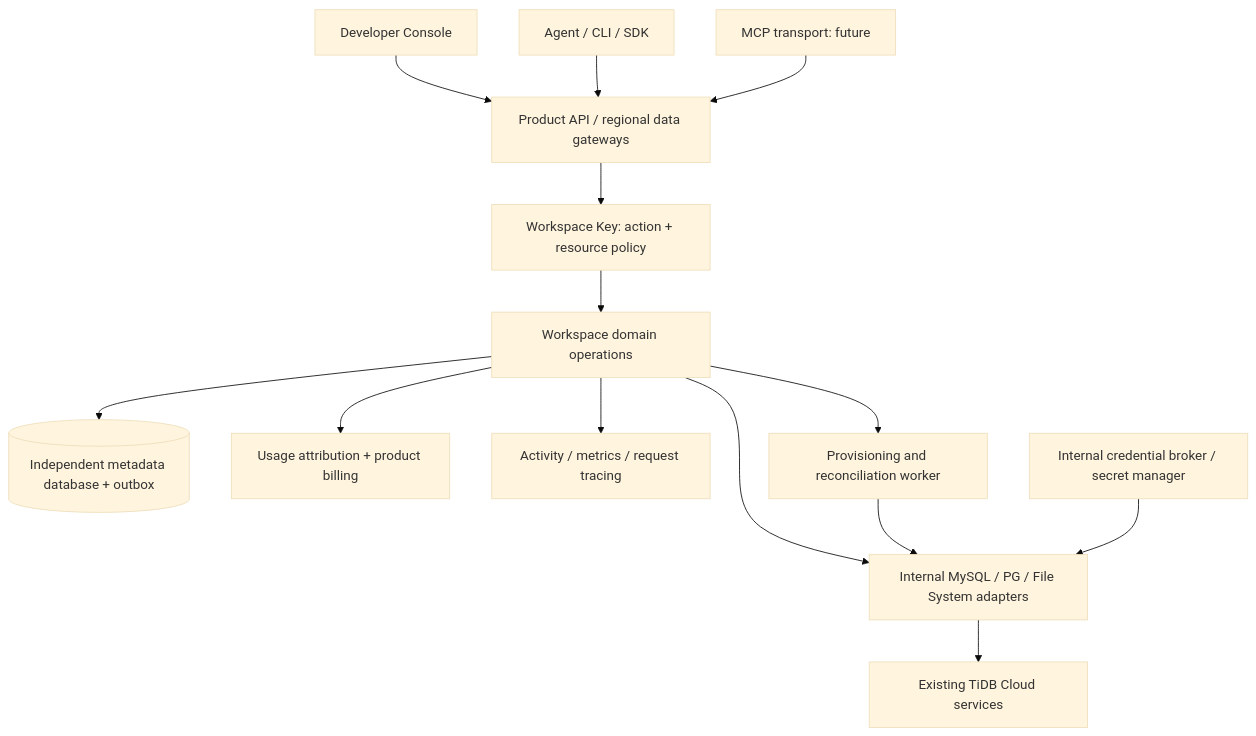
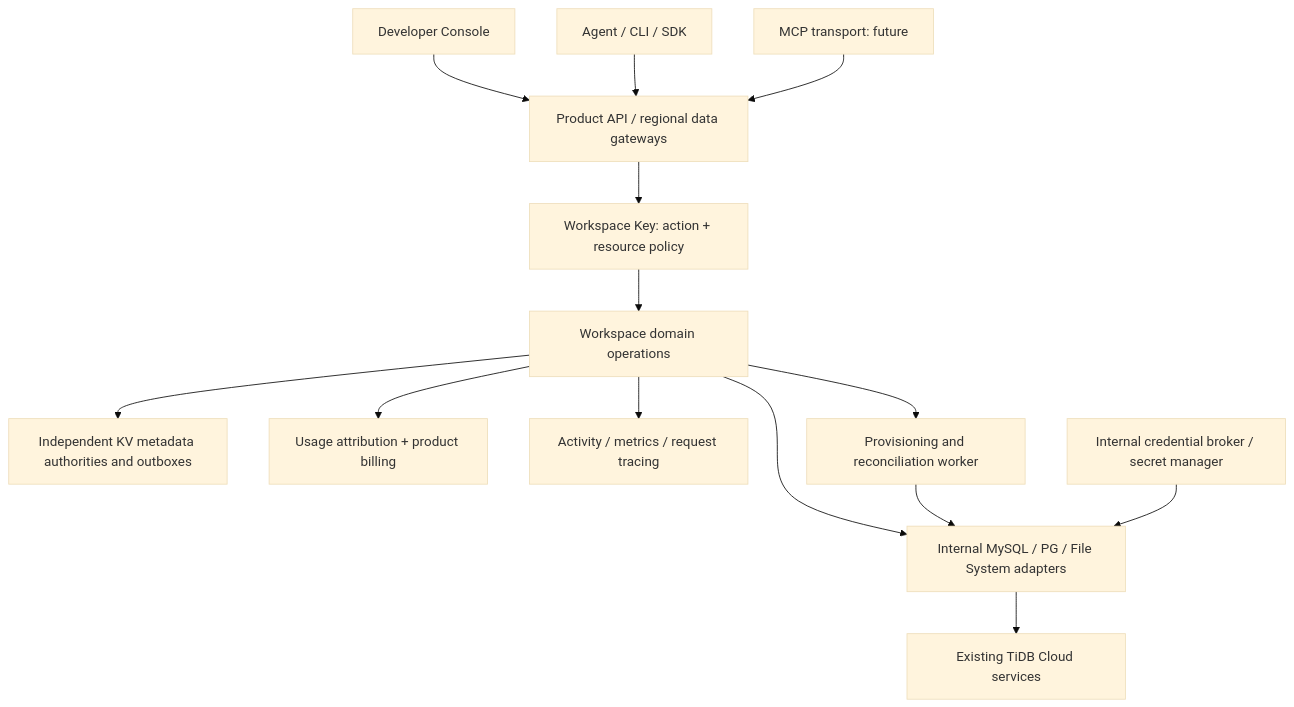
The diagram in docs/architecture.md (mem9-ai/tidb-agentspace), drawn with Mermaid (base theme) before and after one commit. The commit also changed other lines of this file and 4 other files, not shown here.

````diff
--- a/docs/architecture.md
+++ b/docs/architecture.md
@@ -167,16 +194,16 @@
 ```mermaid
 flowchart TB
   console[Developer Console] --> gateway[Product API / regional data gateways]
   agent[Agent / CLI / SDK] --> gateway
   mcp[MCP transport: future] --> gateway
   gateway --> policy[Workspace Key: action + resource policy]
   policy --> core[Workspace domain operations]
-  core --> metadata[(Independent metadata database + outbox)]
+  core --> metadata[Independent KV metadata authorities and outboxes]
   core --> usage[Usage attribution + product billing]
   core --> audit[Activity / metrics / request tracing]
   core --> worker[Provisioning and reconciliation worker]
   core --> adapters[Internal MySQL / PG / File System adapters]
   worker --> adapters
   adapters --> provider[Existing TiDB Cloud services]
   broker[Internal credential broker / secret manager] --> adapters
 ```
````
